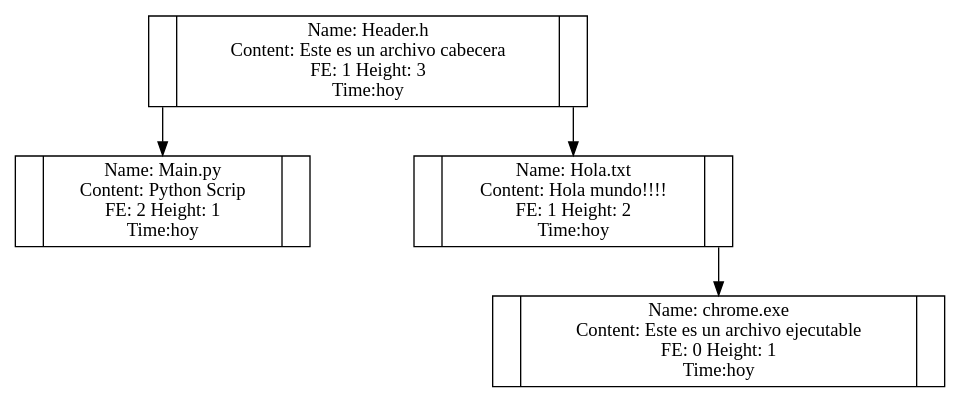
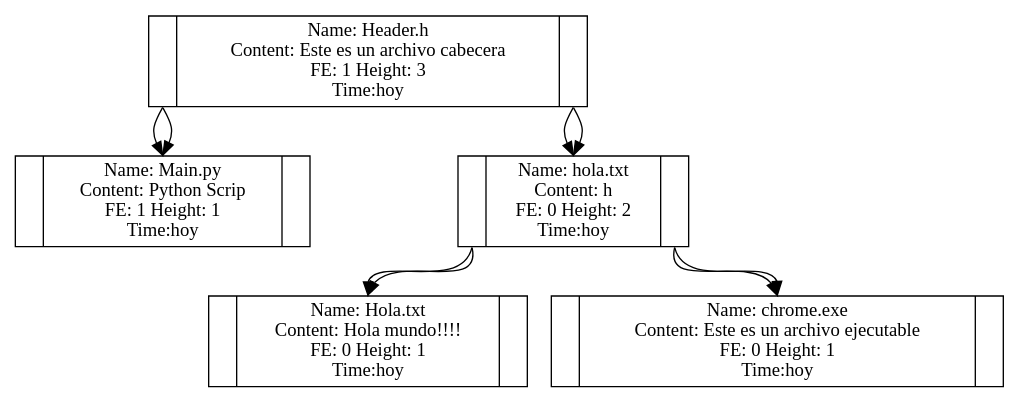
Before and after one commit to EH0809/EDD_2S2019_PY2_201520498: the diagram in AVL.dot, drawn with Graphviz.

```diff
--- a/AVL.dot
+++ b/AVL.dot
@@ -1,8 +1,20 @@
  digraph AVL{Node_735[label= " <f0>| <f1> Name: Header.h\n Content: Este es un archivo cabecera\n FE: 1 Height: 3\n Time:hoy|<f2> " shape="record"] ; 
 Node_735:f0->Node_668:f1; 
-Node_668[label= " <f0>| <f1> Name: Main.py\n Content: Python Scrip\n FE: 2 Height: 1\n Time:hoy|<f2> " shape="record"] ; 
-Node_735:f2->Node_786:f1; 
-Node_786[label= " <f0>| <f1> Name: Hola.txt\n Content: Hola mundo!!!!\n FE: 1 Height: 2\n Time:hoy|<f2> " shape="record"] ; 
-Node_786:f2->Node_1006:f1; 
+Node_668[label= " <f0>| <f1> Name: Main.py\n Content: Python Scrip\n FE: 1 Height: 1\n Time:hoy|<f2> " shape="record"] ; 
+Node_735:f2->Node_818:f1; 
+Node_818[label= " <f0>| <f1> Name: hola.txt\n Content: h\n FE: 0 Height: 2\n Time:hoy|<f2> " shape="record"] ; 
+Node_818:f0->Node_786:f1; 
+Node_786[label= " <f0>| <f1> Name: Hola.txt\n Content: Hola mundo!!!!\n FE: 0 Height: 1\n Time:hoy|<f2> " shape="record"] ; 
+Node_818:f2->Node_1006:f1; 
+Node_1006[label= " <f0>| <f1> Name: chrome.exe\n Content: Este es un archivo ejecutable\n FE: 0 Height: 1\n Time:hoy|<f2> " shape="record"] ; 
+Node_735:f1; 
+Node_735[label= " <f0>| <f1> Name: Header.h\n Content: Este es un archivo cabecera\n FE: 1 Height: 3\n Time:hoy|<f2> " shape="record"] ; 
+Node_735:f0->Node_668:f1; 
+Node_668[label= " <f0>| <f1> Name: Main.py\n Content: Python Scrip\n FE: 1 Height: 1\n Time:hoy|<f2> " shape="record"] ; 
+Node_735:f2->Node_818:f1; 
+Node_818[label= " <f0>| <f1> Name: hola.txt\n Content: h\n FE: 0 Height: 2\n Time:hoy|<f2> " shape="record"] ; 
+Node_818:f0->Node_786:f1; 
+Node_786[label= " <f0>| <f1> Name: Hola.txt\n Content: Hola mundo!!!!\n FE: 0 Height: 1\n Time:hoy|<f2> " shape="record"] ; 
+Node_818:f2->Node_1006:f1; 
 Node_1006[label= " <f0>| <f1> Name: chrome.exe\n Content: Este es un archivo ejecutable\n FE: 0 Height: 1\n Time:hoy|<f2> " shape="record"] ; 
 }
```
